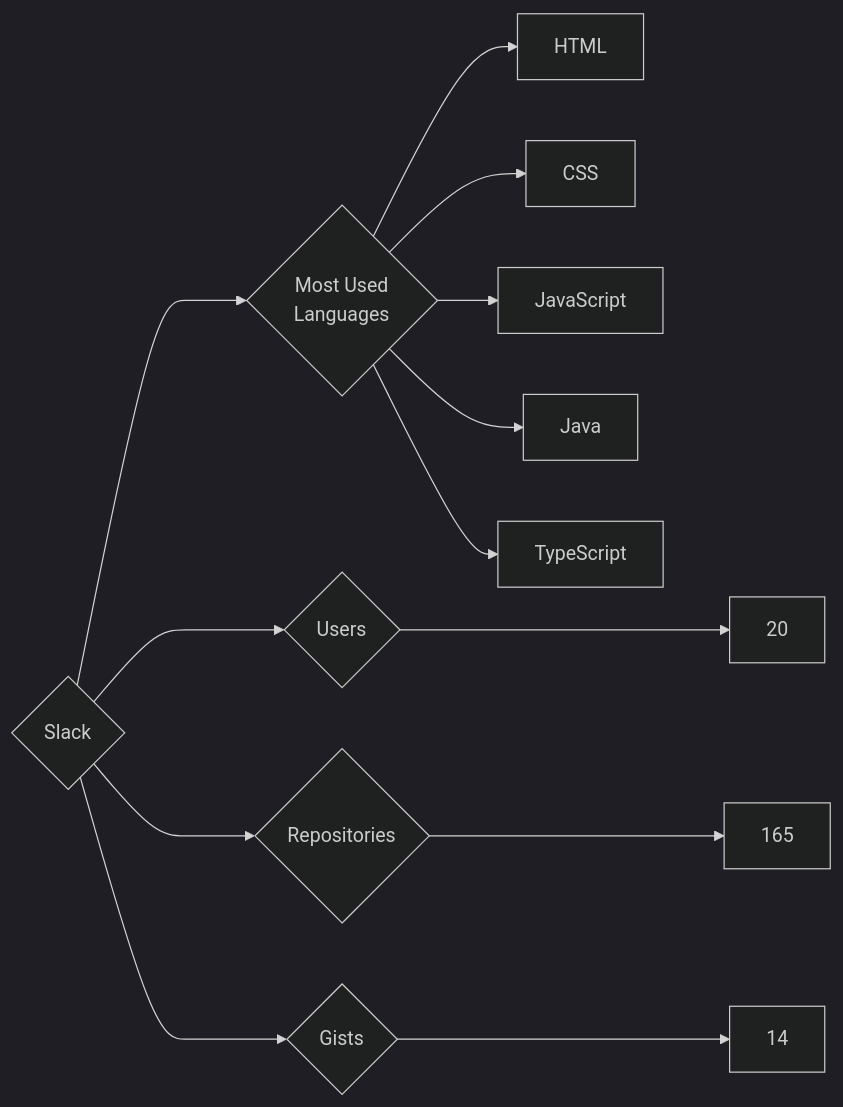
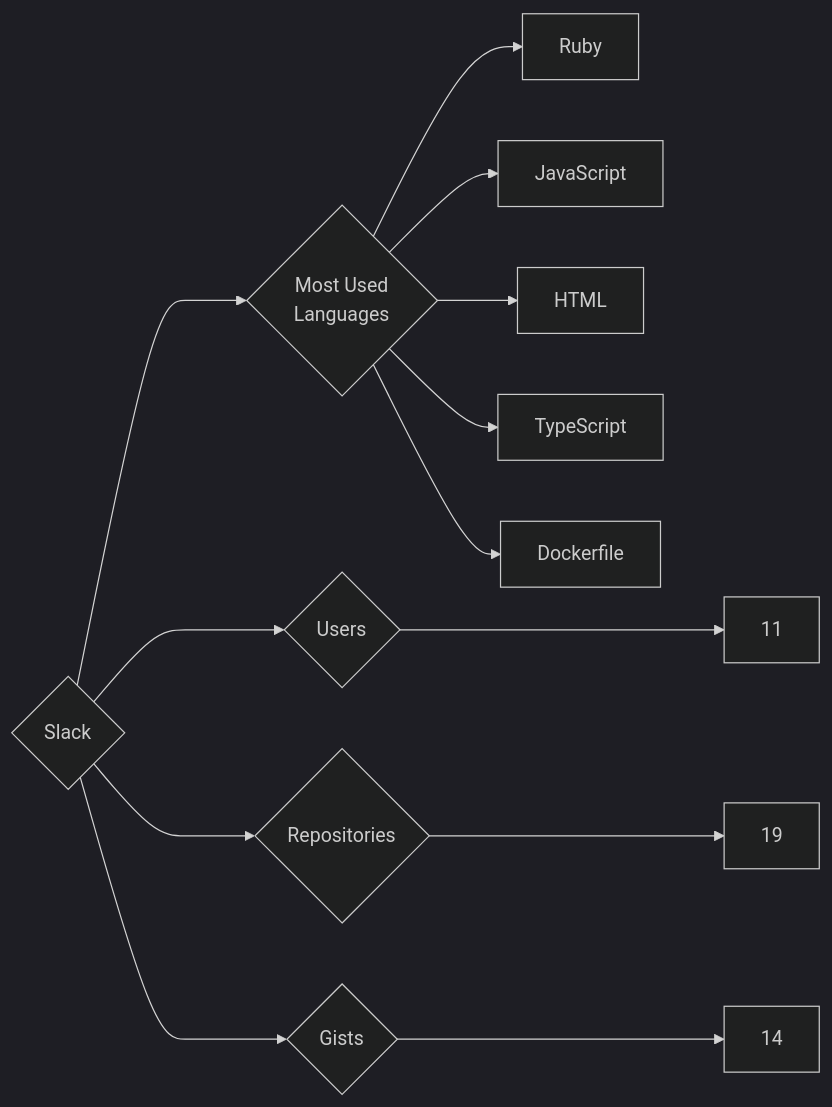
One commit to trickest/insiders changed the diagram in targets/Slack/README.md. Above: the diagram before and after it, drawn with Mermaid (dark theme). The commit also changed 725 other files, not shown here.

````diff
--- a/targets/Slack/README.md
+++ b/targets/Slack/README.md
@@ -3,13 +3,13 @@
 ```mermaid
 graph LR
 COMPANY_NAME{Slack}
-COMPANY_NAME ---> U{Users} ---> UN[20]
-COMPANY_NAME ---> R{Repositories} ---> RN[165]
+COMPANY_NAME ---> U{Users} ---> UN[11]
+COMPANY_NAME ---> R{Repositories} ---> RN[19]
 COMPANY_NAME ---> G{Gists} ---> GN[14]
 COMPANY_NAME ---> ML{Most Used<br>Languages}
+ML --> Ruby[Ruby]
+ML --> JavaScript[JavaScript]
 ML --> HTML[HTML]
-ML --> CSS[CSS]
-ML --> JavaScript[JavaScript]
-ML --> Java[Java]
 ML --> TypeScript[TypeScript]
+ML --> Dockerfile[Dockerfile]
 ```
````
